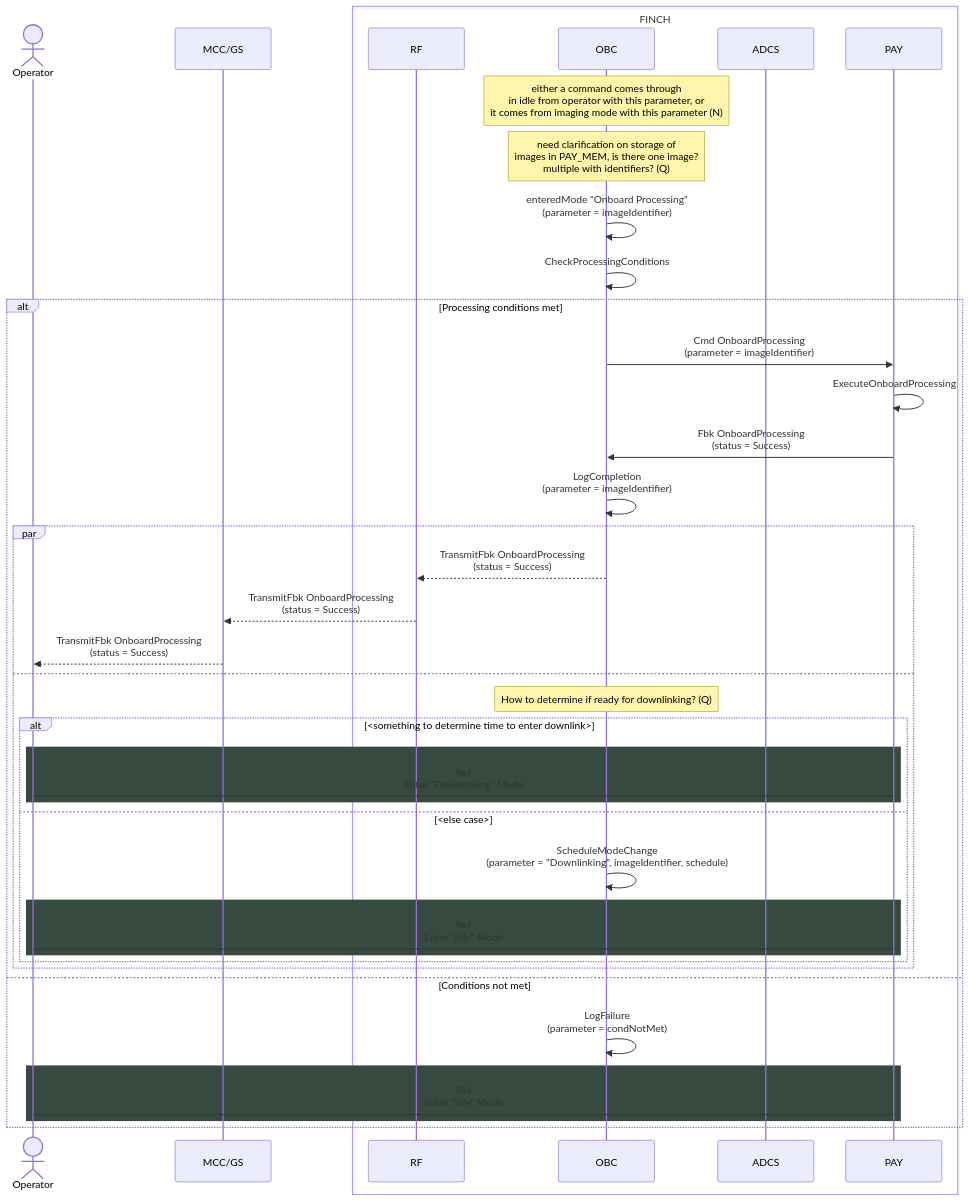
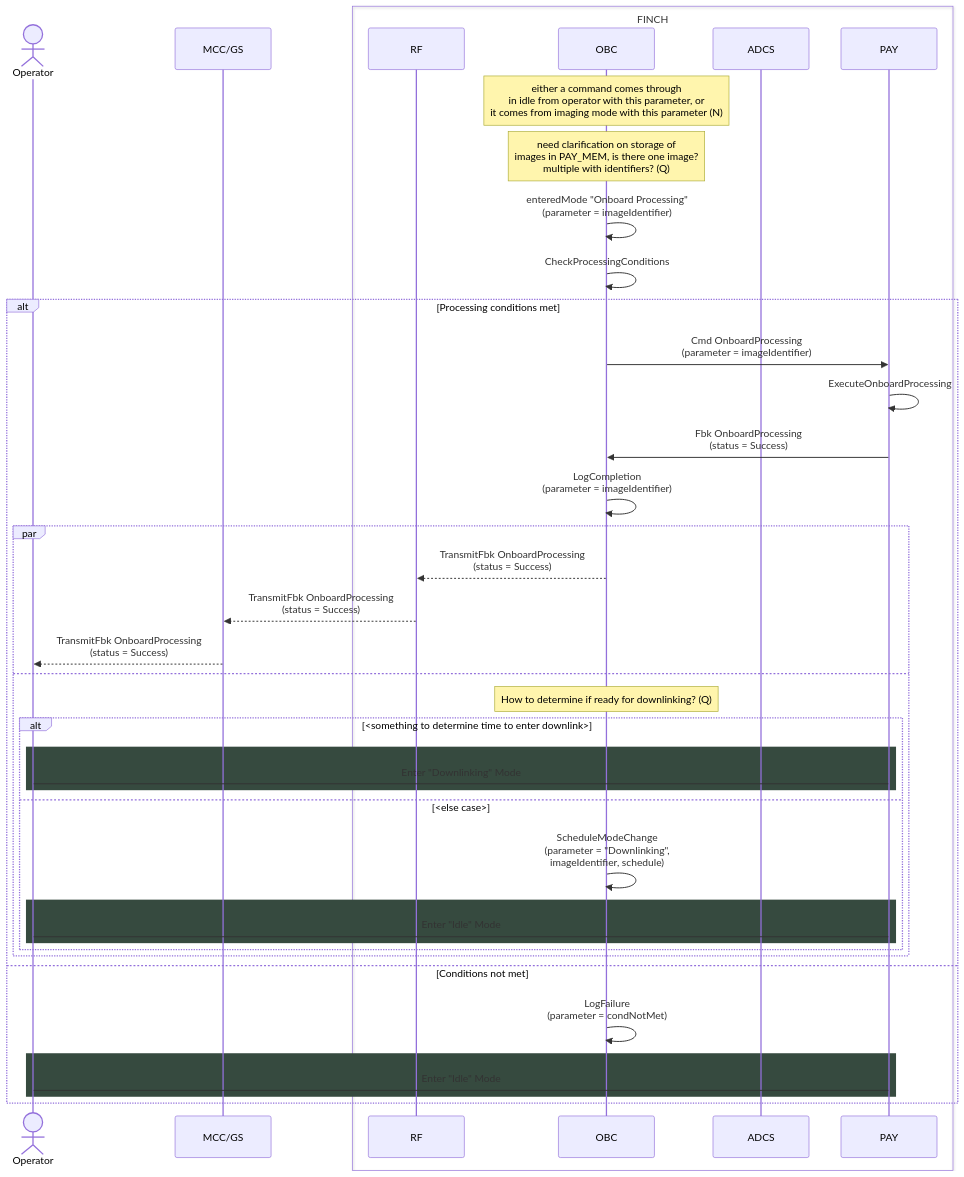
The diagram in command sequences/onboard-processing-command.md (Addy-lit/FINCH-system-architecture), drawn with Mermaid before and after one commit.

````diff
--- a/command sequences/onboard-processing-command.md
+++ b/command sequences/onboard-processing-command.md
@@ -2,47 +2,47 @@
 ```mermaid
 
 sequenceDiagram
     Actor Operator
     participant MCC/GS
     box FINCH
         participant RF
         participant OBC
         participant ADCS
         participant PAY
     end
 
 	note over OBC: either a command comes through <br> in idle from operator with this parameter, or <br> it comes from imaging mode with this parameter (N)
 	note over OBC: need clarification on storage of <br> images in PAY_MEM, is there one image? <br> multiple with identifiers? (Q)
 	OBC ->> OBC: enteredMode "Onboard Processing" <br> (parameter = imageIdentifier)
 
     OBC ->> OBC: CheckProcessingConditions
     alt Processing conditions met
         OBC ->> PAY: Cmd OnboardProcessing <br> (parameter = imageIdentifier)
         PAY ->> PAY: ExecuteOnboardProcessing
         PAY ->> OBC: Fbk OnboardProcessing <br> (status = Success)
 		OBC ->> OBC: LogCompletion <br> (parameter = imageIdentifier)
       
         par
             OBC -->> RF: TransmitFbk OnboardProcessing <br> (status = Success)
             RF -->> MCC/GS: TransmitFbk OnboardProcessing <br> (status = Success)
             MCC/GS -->> Operator: TransmitFbk OnboardProcessing <br> (status = Success)
         and
 			note over OBC: How to determine if ready for downlinking? (Q)
 			alt <something to determine time to enter downlink>
 				rect rgb(54,74,63)
-      	      		Operator -> PAY: Ref <br/> Enter "Downlinking" Mode
+      	      		Operator -> PAY: Enter "Downlinking" Mode
             	end
 			else <else case>
-				OBC ->> OBC: ScheduleModeChange <br> (parameter = "Downlinking", imageIdentifier, schedule)
+				OBC ->> OBC: ScheduleModeChange <br> (parameter = "Downlinking", <br> imageIdentifier, schedule)
 	    		rect rgb(54,74,63)
-      	     	  	Operator -> PAY: Ref <br/> Enter "Idle" Mode
+      	     	  	Operator -> PAY: Enter "Idle" Mode
            	 	end
 			end
 		end
     else Conditions not met
 		OBC ->> OBC: LogFailure <br> (parameter = condNotMet)
         rect rgb(54,74,63)
-	        Operator -> PAY: Ref <br/> Enter "Idle" Mode
+	        Operator -> PAY: Enter "Idle" Mode
         end
     end
 ```
````
